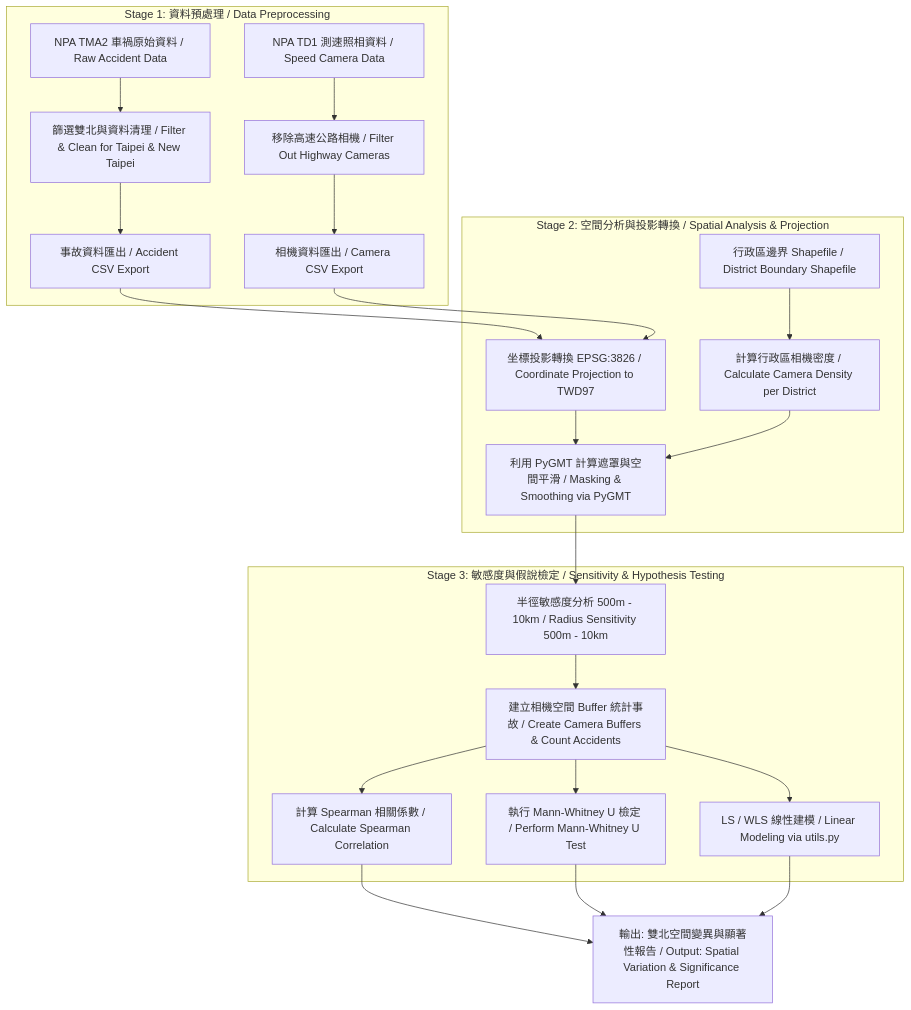
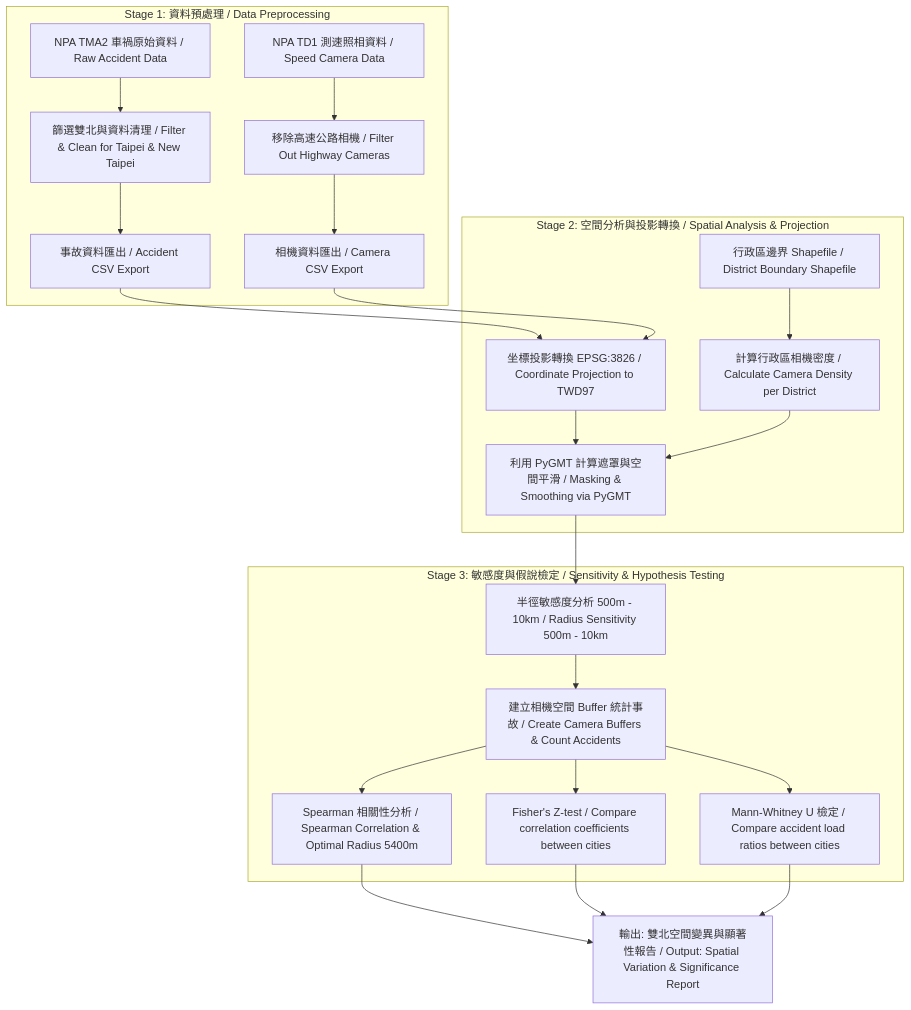
Before and after one commit to 687887s/final_project: the diagram in README.md, drawn with Mermaid. The commit also changed other lines of this file and 2 other files, not shown here.

````diff
--- a/README.md
+++ b/README.md
@@ -22,25 +22,25 @@
 ```mermaid
 graph TD
     subgraph Stage1[Stage 1: 資料預處理 / Data Preprocessing]
         A1[NPA TMA2 車禍原始資料 / Raw Accident Data] --> A2[篩選雙北與資料清理 / Filter & Clean for Taipei & New Taipei]
         A3[NPA TD1 測速照相資料 / Speed Camera Data] --> A4[移除高速公路相機 / Filter Out Highway Cameras]
         A2 --> A5[事故資料匯出 / Accident CSV Export]
         A4 --> A6[相機資料匯出 / Camera CSV Export]
     end
 
     subgraph Stage2[Stage 2: 空間分析與投影轉換 / Spatial Analysis & Projection]
         A5 & A6 --> B1[坐標投影轉換 EPSG:3826 / Coordinate Projection to TWD97]
         B2[行政區邊界 Shapefile / District Boundary Shapefile] --> B3[計算行政區相機密度 / Calculate Camera Density per District]
         B1 & B3 --> B4[利用 PyGMT 計算遮罩與空間平滑 / Masking & Smoothing via PyGMT]
     end
 
     subgraph Stage3[Stage 3: 敏感度與假說檢定 / Sensitivity & Hypothesis Testing]
         B4 --> C1[半徑敏感度分析 500m - 10km / Radius Sensitivity 500m - 10km]
         C1 --> C2[建立相機空間 Buffer 統計事故 / Create Camera Buffers & Count Accidents]
-        C2 --> C3[計算 Spearman 相關係數 / Calculate Spearman Correlation]
-        C2 --> C4[執行 Mann-Whitney U 檢定 / Perform Mann-Whitney U Test]
-        C2 --> C5[LS / WLS 線性建模 / Linear Modeling via utils.py]
+        C2 --> C3[Spearman 相關性分析 / Spearman Correlation & Optimal Radius 5400m]
+        C2 --> C4[Fisher's Z-test / Compare correlation coefficients between cities]
+        C2 --> C5[Mann-Whitney U 檢定 / Compare accident load ratios between cities]
     end
 
     C3 & C4 & C5 --> D[輸出: 雙北空間變異與顯著性報告 / Output: Spatial Variation & Significance Report]
 ```
````
